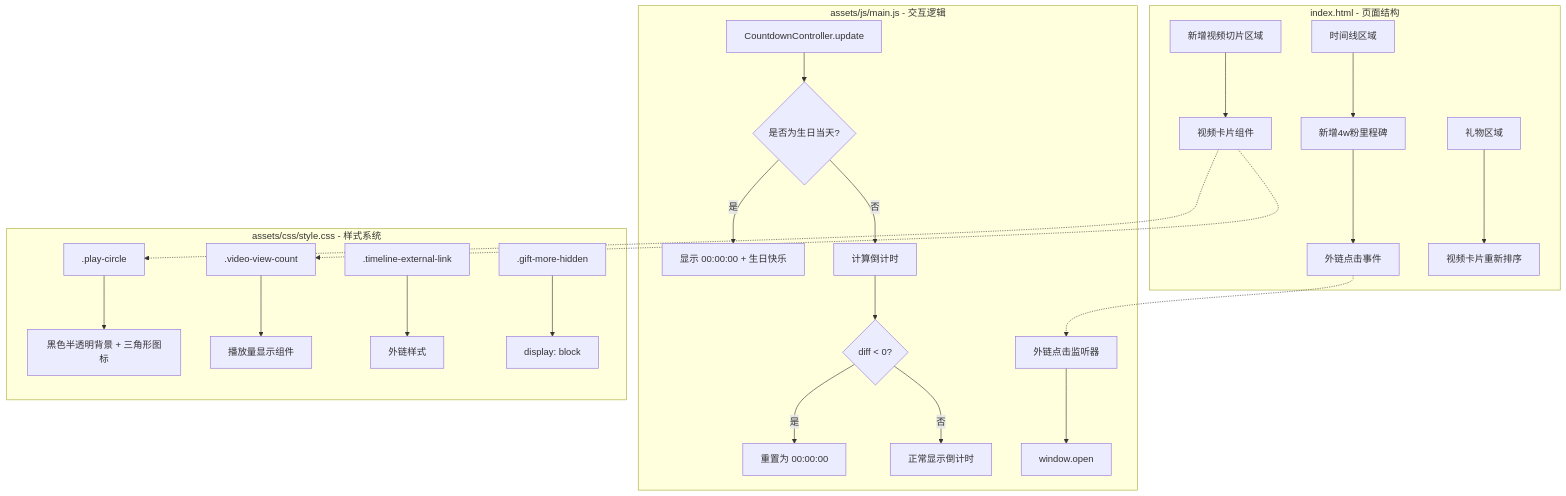
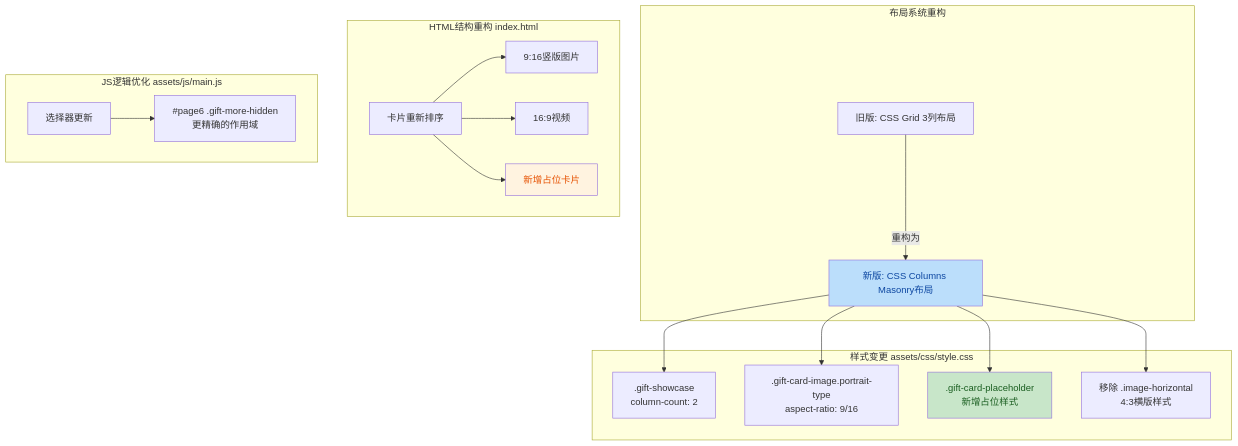
The diagram in TL;DR.MD (SunsetShimmer381/okayu-birthday-site), drawn with Mermaid before and after one commit. The commit also changed other lines of this file and 7 other files, not shown here.

````diff
--- a/TL;DR.MD
+++ b/TL;DR.MD
@@ -15,30 +15,27 @@
 ```mermaid
 graph TD
-    subgraph "index.html - 页面结构"
-        A[时间线区域] --> B[新增4w粉里程碑]
-        B --> C[外链点击事件]
-        D[新增视频切片区域] --> E[视频卡片组件]
-        F[礼物区域] --> G[视频卡片重新排序]
+    subgraph "布局系统重构"
+        A[旧版: CSS Grid 3列布局] -->|重构为| B[新版: CSS Columns Masonry布局]
     end
     
-    subgraph "assets/js/main.js - 交互逻辑"
-        H[CountdownController.update] --> I{是否为生日当天?}
-        I -->|是| J[显示 00:00:00 + 生日快乐]
-        I -->|否| K[计算倒计时]
-        K --> L{diff < 0?}
-        L -->|是| M[重置为 00:00:00]
-        L -->|否| N[正常显示倒计时]
-        O[外链点击监听器] --> P[window.open]
+    subgraph "样式变更 assets/css/style.css"
+        B --> C[.gift-showcase<br/>column-count: 2]
+        B --> D[.gift-card-image.portrait-type<br/>aspect-ratio: 9/16]
+        B --> E[.gift-card-placeholder<br/>新增占位样式]
+        B --> F[移除 .image-horizontal<br/>4:3横版样式]
     end
     
-    subgraph "assets/css/style.css - 样式系统"
-        Q[.play-circle] --> R[黑色半透明背景 + 三角形图标]
-        S[.video-view-count] --> T[播放量显示组件]
-        U[.timeline-external-link] --> V[外链样式]
-        W[.gift-more-hidden] --> X[display: block]
+    subgraph "HTML结构重构 index.html"
+        G[卡片重新排序] --> H[9:16竖版图片]
+        G --> I[16:9视频]
+        G --> J[新增占位卡片]
     end
     
-    C -.-> O
-    E -.-> S
-    E -.-> Q
+    subgraph "JS逻辑优化 assets/js/main.js"
+        K[选择器更新] --> L[#page6 .gift-more-hidden<br/>更精确的作用域]
+    end
+    
+    style B fill:#bbdefb,color:#0d47a1
+    style E fill:#c8e6c9,color:#1a5e20
+    style J fill:#fff3e0,color:#e65100
 ```
````
